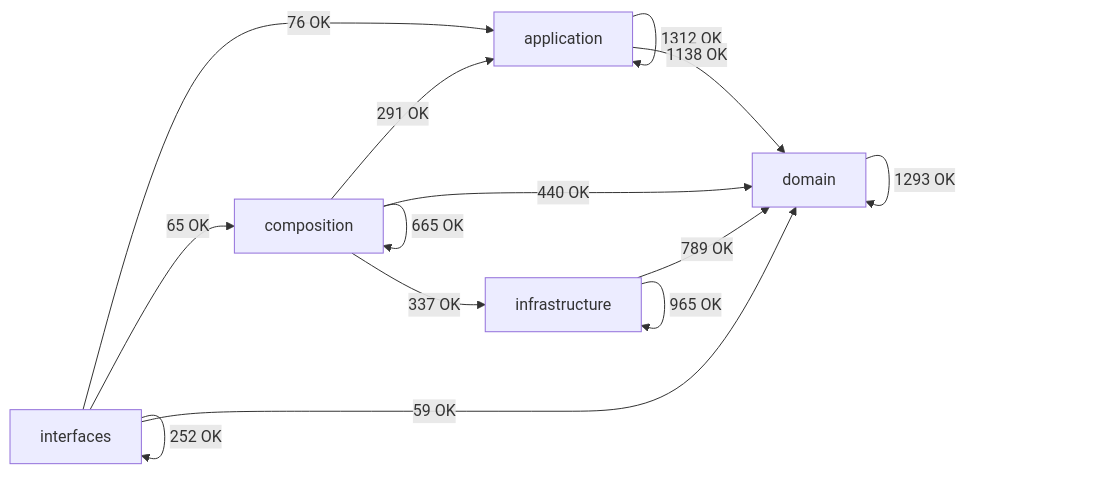
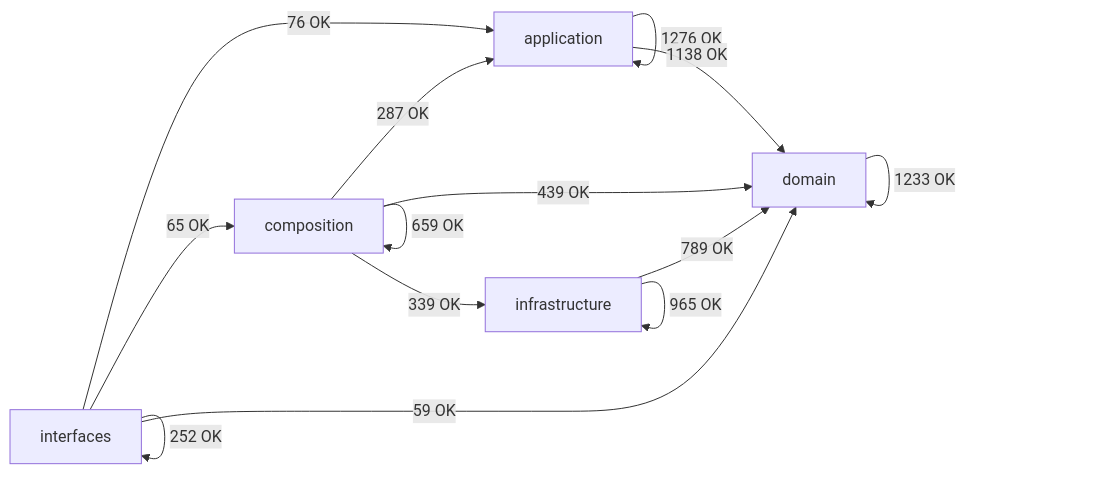
The diagram in docs/02-architecture/generated/module-dependency-map.md (SatoryKono/BioactivityDataAcquisition), drawn with Mermaid before and after one commit. The commit also changed other lines of this file and 2 other files, not shown here.

````diff
--- a/docs/02-architecture/generated/module-dependency-map.md
+++ b/docs/02-architecture/generated/module-dependency-map.md
@@ -17,21 +17,21 @@
 ```mermaid
 flowchart LR
     domain[domain]
     application[application]
     infrastructure[infrastructure]
     composition[composition]
     interfaces[interfaces]
-    application -->|1312 OK| application
+    application -->|1276 OK| application
     application -->|1138 OK| domain
-    composition -->|291 OK| application
-    composition -->|665 OK| composition
-    composition -->|440 OK| domain
-    composition -->|337 OK| infrastructure
-    domain -->|1293 OK| domain
+    composition -->|287 OK| application
+    composition -->|659 OK| composition
+    composition -->|439 OK| domain
+    composition -->|339 OK| infrastructure
+    domain -->|1233 OK| domain
     infrastructure -->|789 OK| domain
     infrastructure -->|965 OK| infrastructure
     interfaces -->|76 OK| application
     interfaces -->|65 OK| composition
     interfaces -->|59 OK| domain
     interfaces -->|252 OK| interfaces
 ```
````
